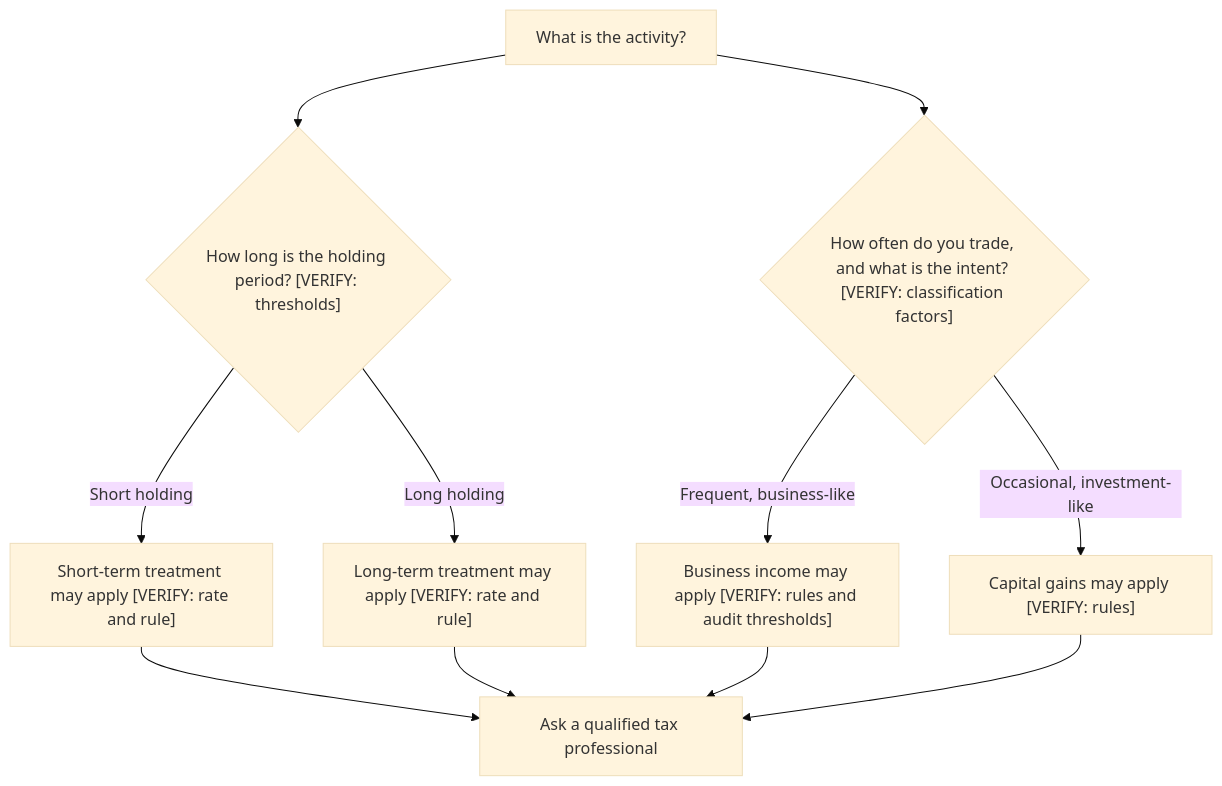
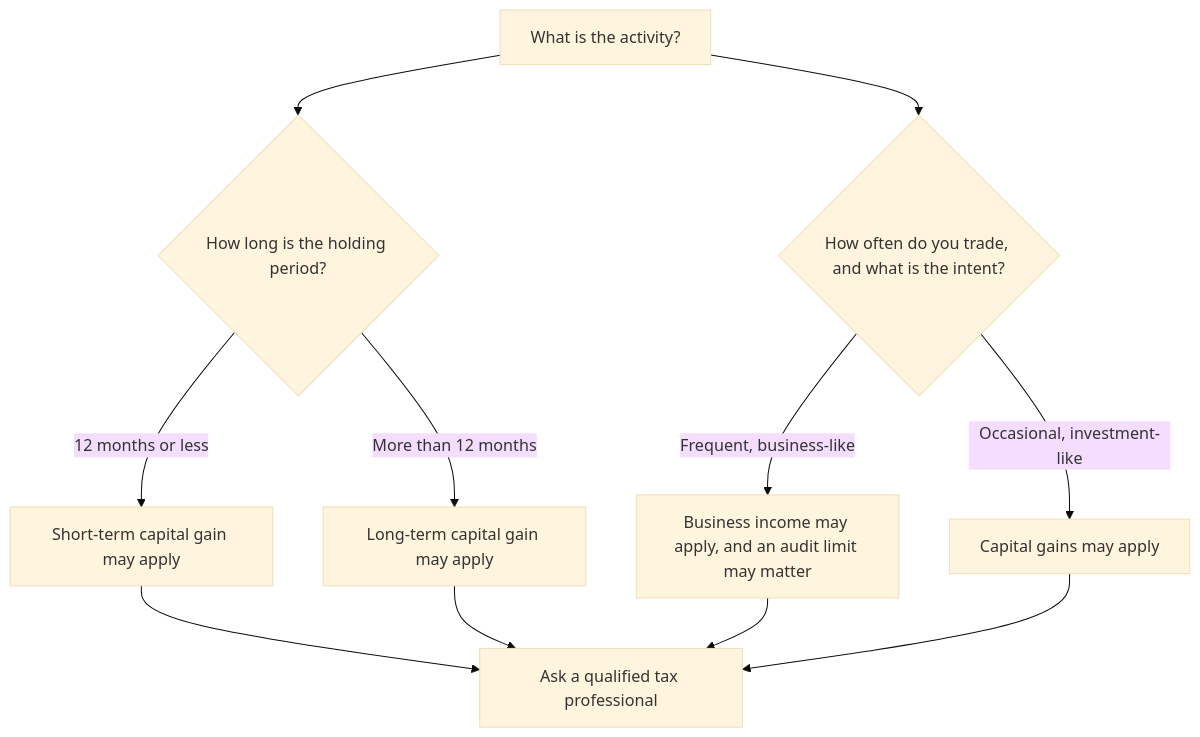
One commit to ranjeet-h/capital-first-trading changed the diagram in mdbook/src/02-money-and-math/03-taxes-on-trading-profits/index.md. Above: the diagram before and after it, drawn with Mermaid (base theme). The commit also changed other lines of this file and 132 other files, not shown here.

````diff
--- a/mdbook/src/02-money-and-math/03-taxes-on-trading-profits/index.md
+++ b/mdbook/src/02-money-and-math/03-taxes-on-trading-profits/index.md
@@ -51,13 +68,13 @@
 ```mermaid
 flowchart TD
-    A["What is the activity?"] --> B{"How long is the holding period? [VERIFY: thresholds]"}
-    A --> C{"How often do you trade, and what is the intent? [VERIFY: classification factors]"}
-    B -->|"Short holding"| D["Short-term treatment may apply [VERIFY: rate and rule]"]
-    B -->|"Long holding"| E["Long-term treatment may apply [VERIFY: rate and rule]"]
-    C -->|"Frequent, business-like"| F["Business income may apply [VERIFY: rules and audit thresholds]"]
-    C -->|"Occasional, investment-like"| G["Capital gains may apply [VERIFY: rules]"]
+    A["What is the activity?"] --> B{"How long is the holding period?"}
+    A --> C{"How often do you trade, and what is the intent?"}
+    B -->|"12 months or less"| D["Short-term capital gain may apply"]
+    B -->|"More than 12 months"| E["Long-term capital gain may apply"]
+    C -->|"Frequent, business-like"| F["Business income may apply, and an audit limit may matter"]
+    C -->|"Occasional, investment-like"| G["Capital gains may apply"]
     D --> H[Ask a qualified tax professional]
     E --> H
     F --> H
     G --> H
 ```
````
